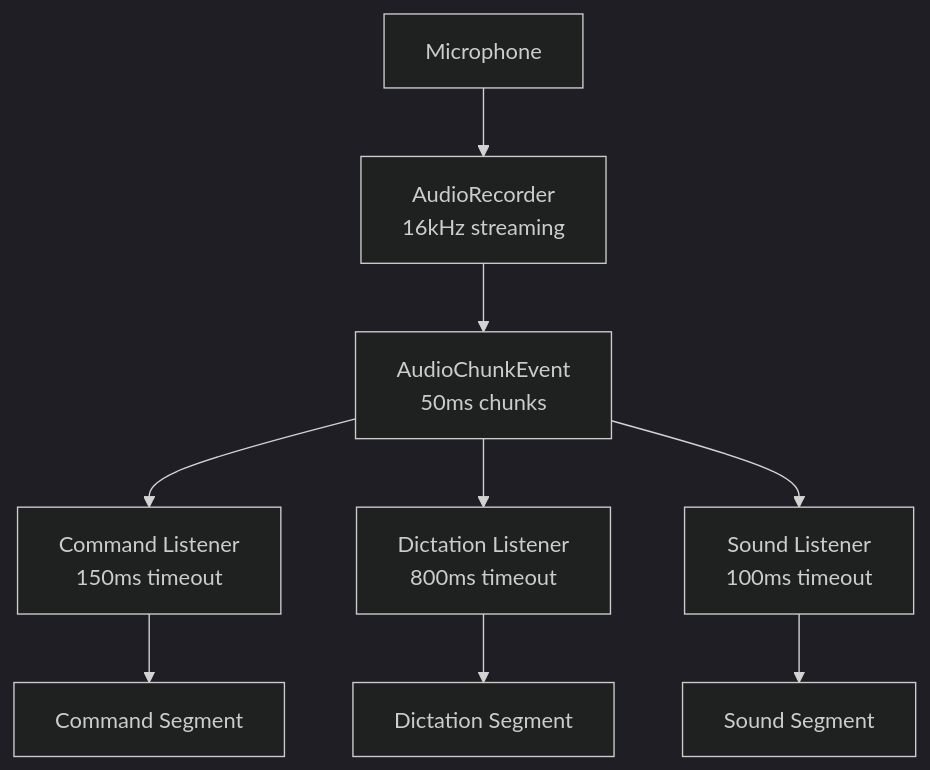
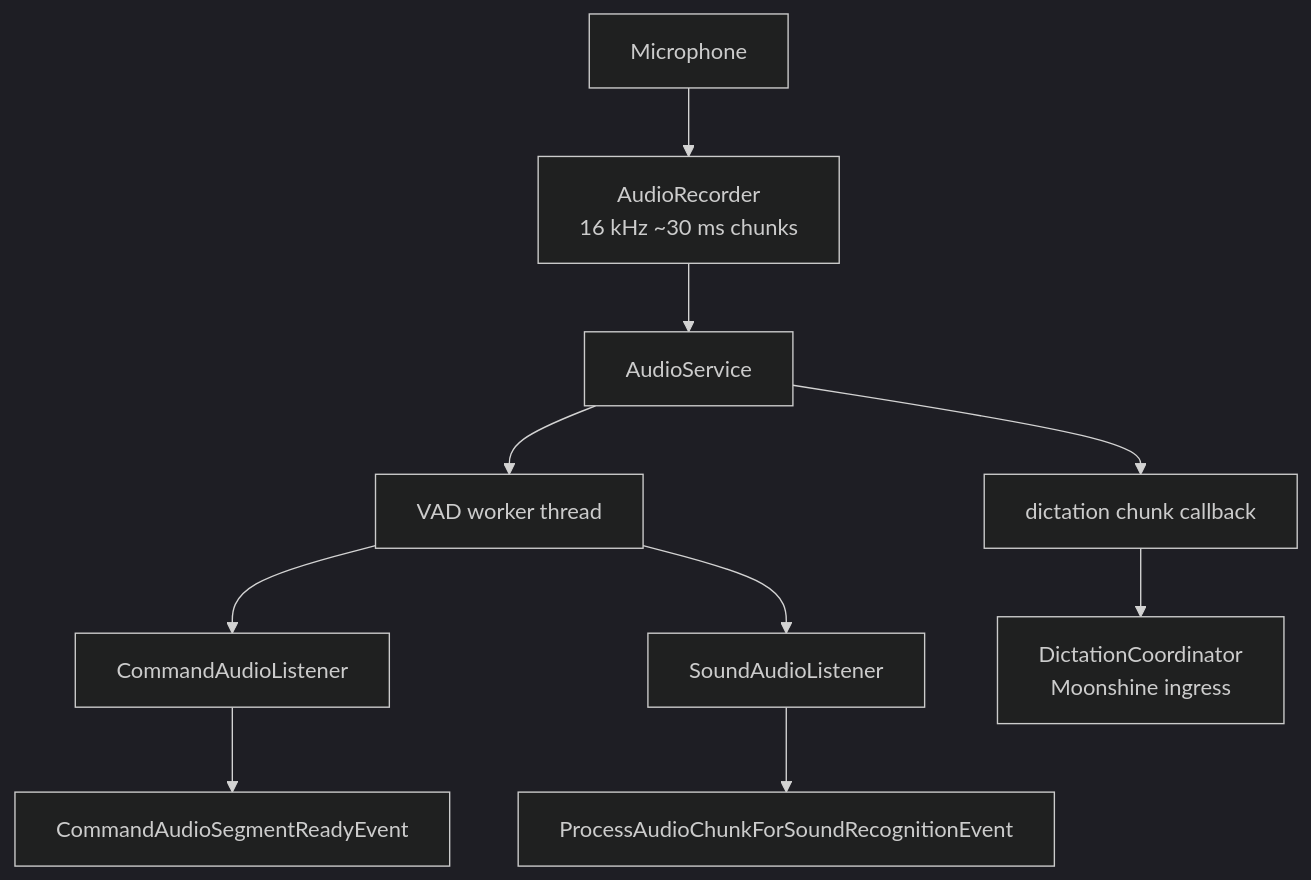
Before and after one commit to rick12000/vocalance: the first of 2 diagrams in docs/developer/audio_capture_and_listeners.rst, drawn with Mermaid (dark theme). The commit also changed other lines of this file and 34 other files, not shown here.

```diff
--- a/docs/developer/audio_capture_and_listeners.rst
+++ b/docs/developer/audio_capture_and_listeners.rst
@@ -9,11 +9,12 @@
 .. mermaid::
 
    flowchart TD
-       A[Microphone] --> B[AudioRecorder<br/>16kHz streaming]
-       B --> C[AudioChunkEvent<br/>50ms chunks]
-       C --> D[Command Listener<br/>150ms timeout]
-       C --> E[Dictation Listener<br/>800ms timeout]
-       C --> F[Sound Listener<br/>100ms timeout]
-       D --> G[Command Segment]
-       E --> H[Dictation Segment]
-       F --> I[Sound Segment]
+       A[Microphone] --> B[AudioRecorder<br/>16 kHz ~30 ms chunks]
+       B --> C[AudioService]
+       C --> D[VAD worker thread]
+       D --> E[CommandAudioListener]
+       D --> F[SoundAudioListener]
+       E --> G[CommandAudioSegmentReadyEvent]
+       F --> H[ProcessAudioChunkForSoundRecognitionEvent]
+       C --> I[dictation chunk callback]
+       I --> J[DictationCoordinator<br/>Moonshine ingress]
```
